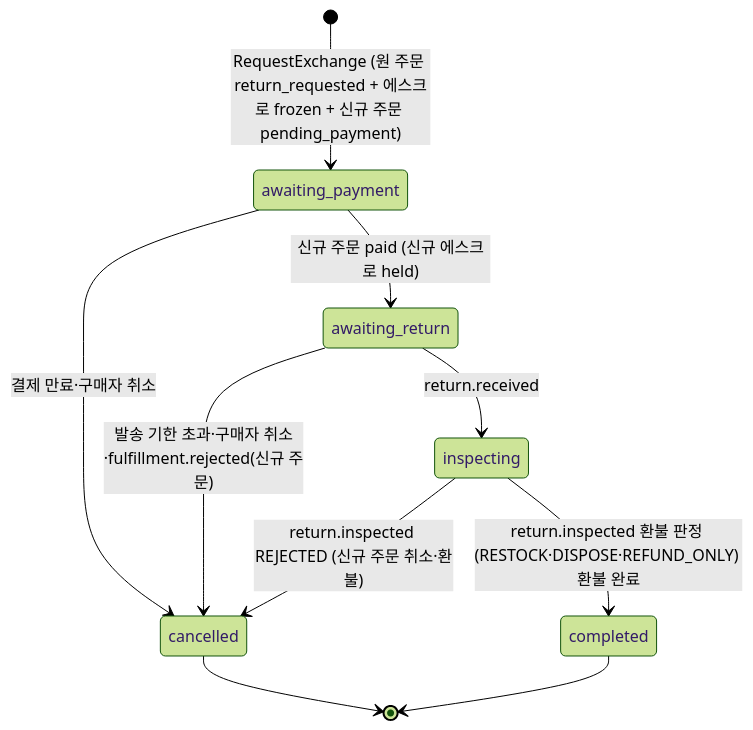
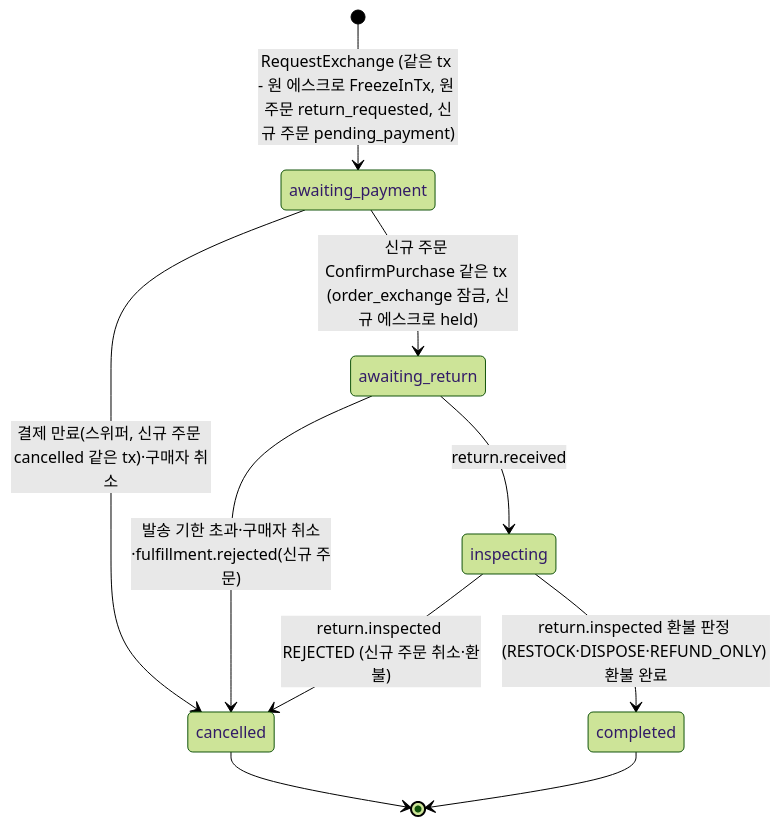
The tenth of 28 diagrams in docs/design/phases/02-commerce.md (1985jwlee/portpolio_backend), drawn with Mermaid (forest theme) before and after one commit. The commit also changed other lines of this file and 33 other files, not shown here.

````diff
--- a/docs/design/phases/02-commerce.md
+++ b/docs/design/phases/02-commerce.md
@@ -552,12 +563,12 @@
 ```mermaid
 stateDiagram-v2
-    [*] --> awaiting_payment: RequestExchange (원 주문 return_requested + 에스크로 frozen + 신규 주문 pending_payment)
-    awaiting_payment --> awaiting_return: 신규 주문 paid (신규 에스크로 held)
-    awaiting_payment --> cancelled: 결제 만료·구매자 취소
+    [*] --> awaiting_payment: RequestExchange (같은 tx - 원 에스크로 FreezeInTx, 원 주문 return_requested, 신규 주문 pending_payment)
+    awaiting_payment --> awaiting_return: 신규 주문 ConfirmPurchase 같은 tx (order_exchange 잠금, 신규 에스크로 held)
+    awaiting_payment --> cancelled: 결제 만료(스위퍼, 신규 주문 cancelled 같은 tx)·구매자 취소
     awaiting_return --> inspecting: return.received
     awaiting_return --> cancelled: 발송 기한 초과·구매자 취소·fulfillment.rejected(신규 주문)
     inspecting --> completed: return.inspected 환불 판정 (RESTOCK·DISPOSE·REFUND_ONLY) 환불 완료
     inspecting --> cancelled: return.inspected REJECTED (신규 주문 취소·환불)
     cancelled --> [*]
     completed --> [*]
 ```
````
